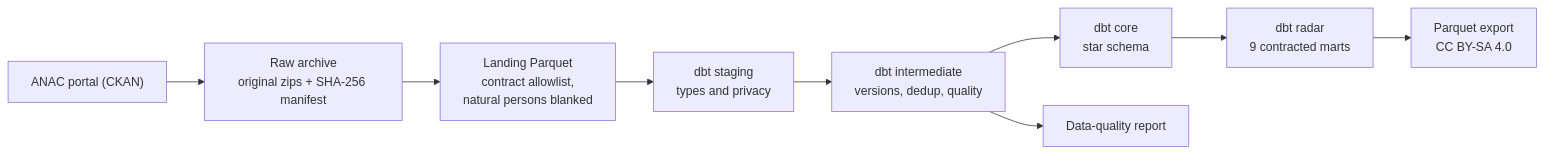
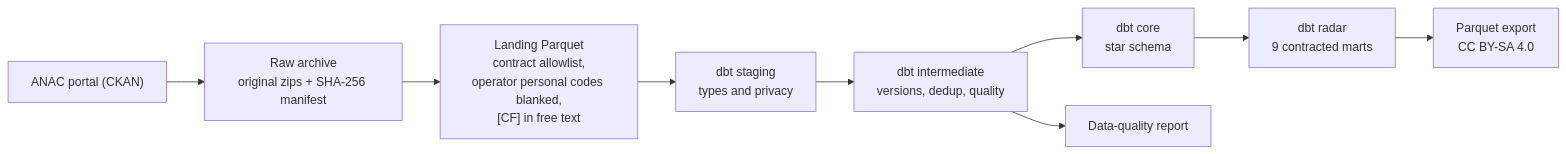
The first of 2 diagrams in README.en.md (HARISPAARTAN/anac-appalti-dbt), drawn with Mermaid before and after one commit. The commit also changed other lines of this file and 7 other files, not shown here.

````diff
--- a/README.en.md
+++ b/README.en.md
@@ -38,11 +38,11 @@
 ```mermaid
 flowchart LR
   ckan["ANAC portal (CKAN)"] --> raw["Raw archive<br/>original zips + SHA-256 manifest"]
-  raw --> landing["Landing Parquet<br/>contract allowlist,<br/>natural persons blanked"]
+  raw --> landing["Landing Parquet<br/>contract allowlist,<br/>operator personal codes blanked,<br/>[CF] in free text"]
   landing --> stg["dbt staging<br/>types and privacy"]
   stg --> int["dbt intermediate<br/>versions, dedup, quality"]
   int --> core["dbt core<br/>star schema"]
   core --> radar["dbt radar<br/>9 contracted marts"]
   radar --> parquet["Parquet export<br/>CC BY-SA 4.0"]
   int --> dq["Data-quality report"]
 ```
````
